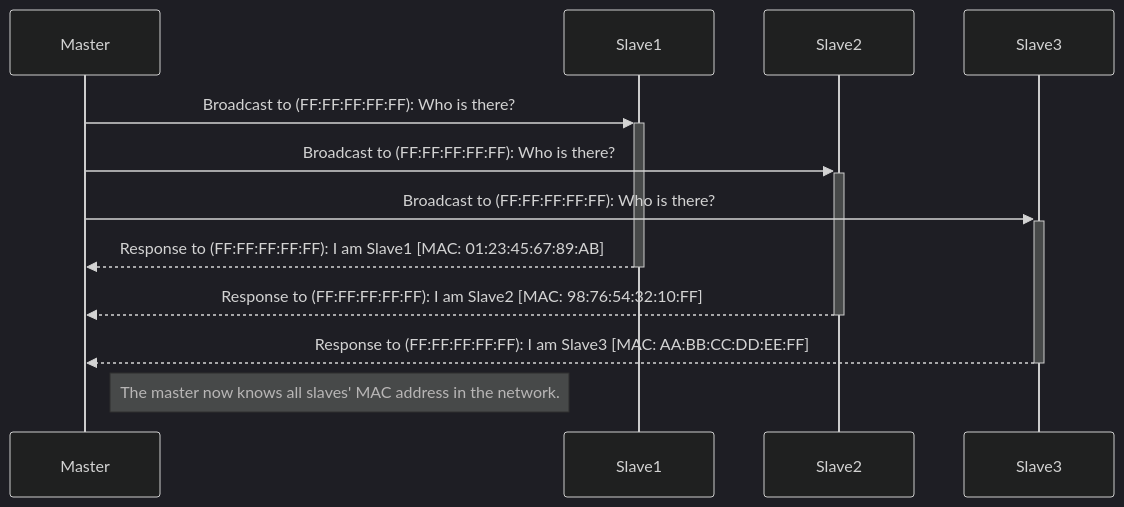
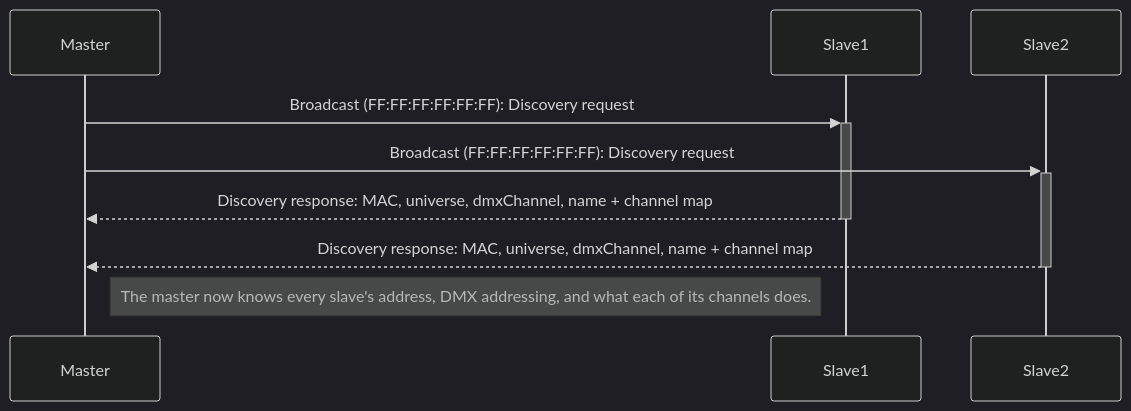
One commit to kokospalme/DMXnow changed the second of 4 diagrams in README.md. Above: the diagram before and after it, drawn with Mermaid (dark theme). The commit also changed other lines of this file and 8 other files, not shown here.

````diff
--- a/README.md
+++ b/README.md
@@ -27,17 +126,14 @@
 ```mermaid
 sequenceDiagram
     participant Master
     participant Slave1
     participant Slave2
-    participant Slave3
 
-    Master ->>+ Slave1: Broadcast to (FF:FF:FF:FF:FF): Who is there?
-    Master ->>+ Slave2: Broadcast to (FF:FF:FF:FF:FF): Who is there?
-    Master ->>+ Slave3: Broadcast to (FF:FF:FF:FF:FF): Who is there?
+    Master ->>+ Slave1: Broadcast (FF:FF:FF:FF:FF:FF): Discovery request
+    Master ->>+ Slave2: Broadcast (FF:FF:FF:FF:FF:FF): Discovery request
 
-    Slave1 -->>- Master: Response to (FF:FF:FF:FF:FF): I am Slave1 [MAC: 01:23:45:67:89:AB]
-    Slave2 -->>- Master: Response to (FF:FF:FF:FF:FF): I am Slave2 [MAC: 98:76:54:32:10:FF]
-    Slave3 -->>- Master: Response to (FF:FF:FF:FF:FF): I am Slave3 [MAC: AA:BB:CC:DD:EE:FF]
+    Slave1 -->>- Master: Discovery response: MAC, universe, dmxChannel, name + channel map
+    Slave2 -->>- Master: Discovery response: MAC, universe, dmxChannel, name + channel map
 
-    Note right of Master: The master now knows all slaves' MAC address in the network.
+    Note right of Master: The master now knows every slave's address, DMX addressing, and what each of its channels does.
 ```
````
